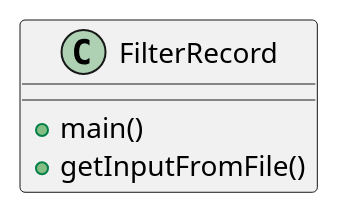
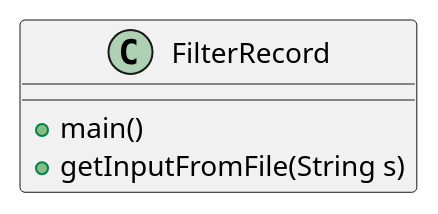
One commit to JesseJ756/JavaPractice changed the diagram in src/main/java/ex41/ex41UML.puml. Above: the diagram before and after it, drawn with PlantUML. The commit also changed 4 other files, not shown here.

```diff
--- a/src/main/java/ex41/ex41UML.puml
+++ b/src/main/java/ex41/ex41UML.puml
@@ -1,6 +1,6 @@
 @startuml
 'https://plantuml.com/sequence-diagram
 FilterRecord : + main()
-FilterRecord : + getInputFromFile()
+FilterRecord : + getInputFromFile(String s)
 
 @enduml
```
